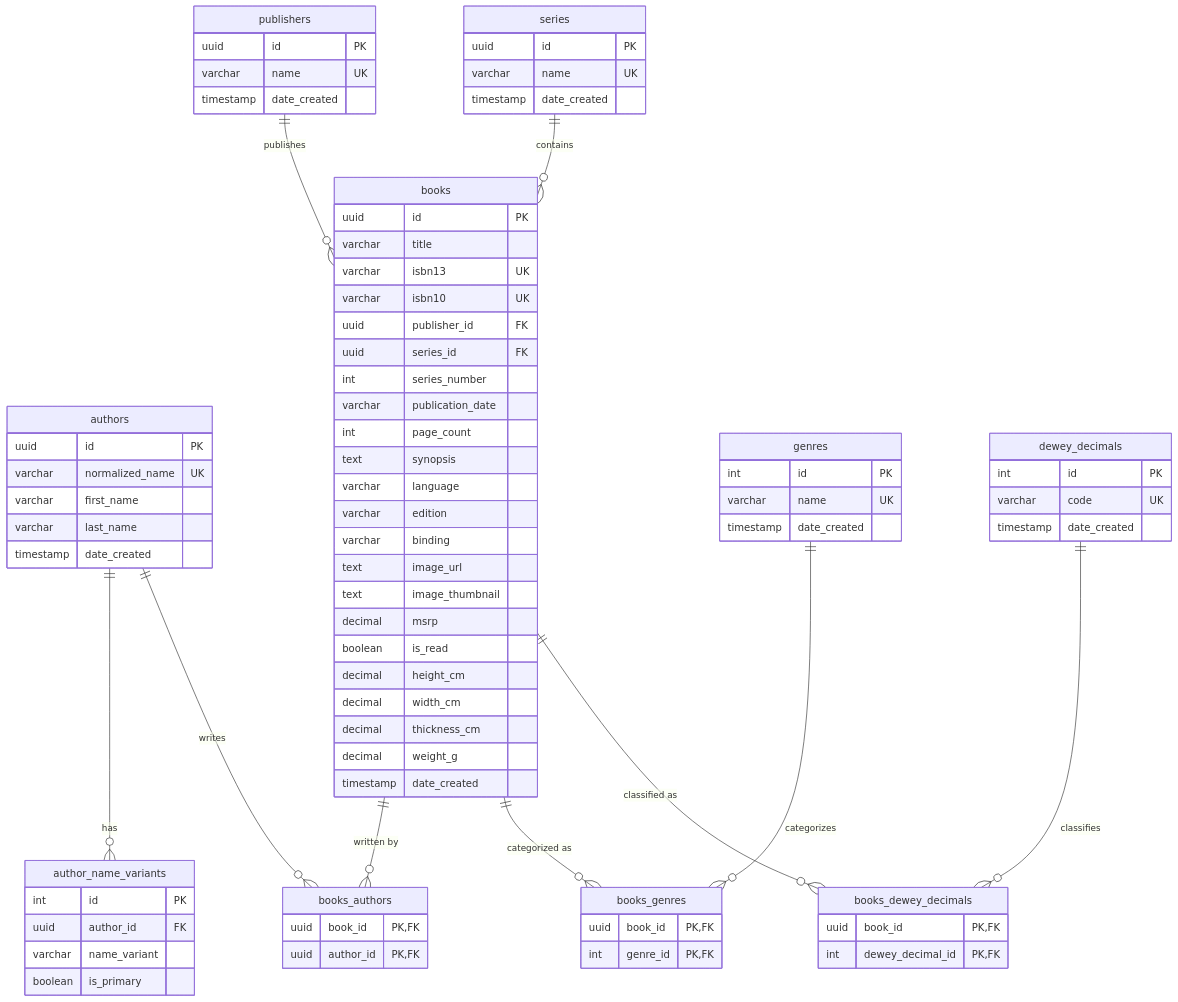
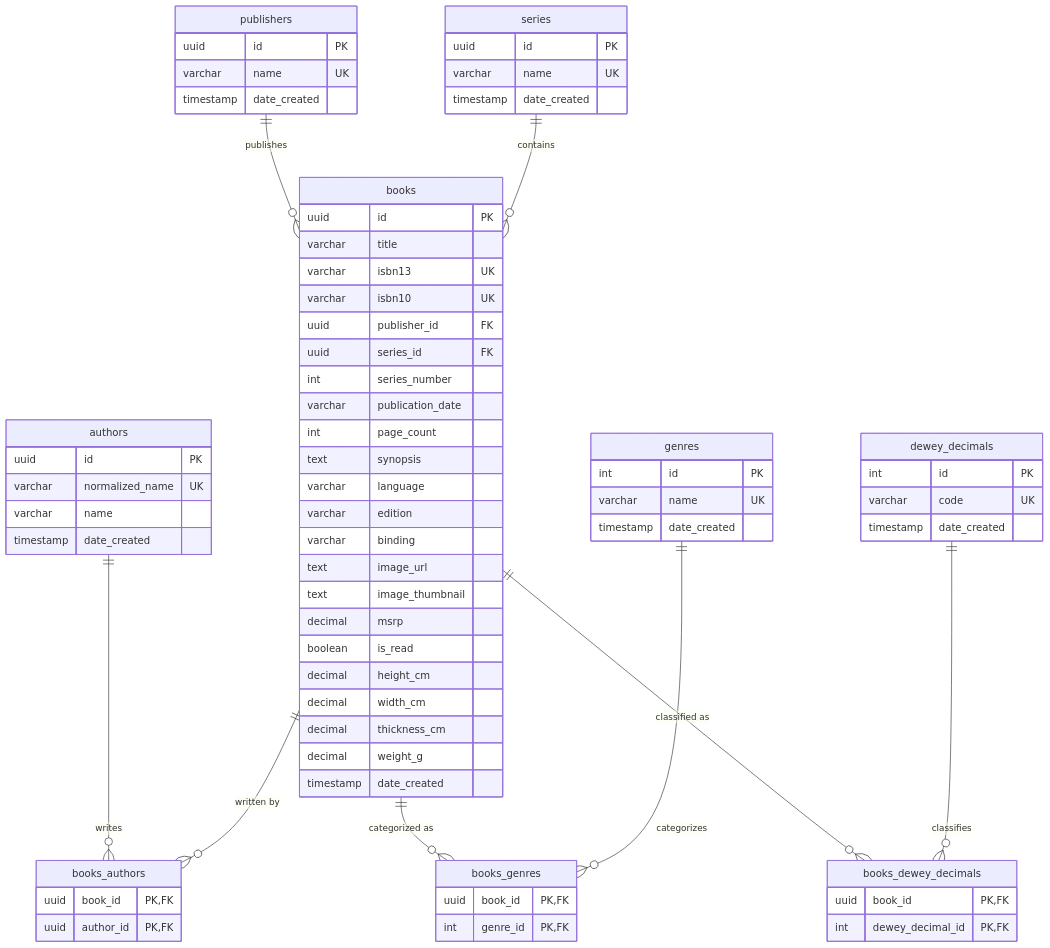
One commit to lynge96/Reveries changed the diagram in README.md. Above: the diagram before and after it, drawn with Mermaid. The commit also changed 29 other files, not shown here.

```diff
--- a/README.md
+++ b/README.md
@@ -57,16 +57,8 @@
     authors {
         uuid id PK
         varchar normalized_name UK
-        varchar first_name
-        varchar last_name
+        varchar name
         timestamp date_created
-    }
-    
-    author_name_variants {
-        int id PK
-        uuid author_id FK
-        varchar name_variant
-        boolean is_primary
     }
     
     books {
@@ -133,7 +125,6 @@
         timestamp date_created
     }
 
-    authors ||--o{ author_name_variants : "has"
     authors ||--o{ books_authors : "writes"
     books ||--o{ books_authors : "written by"
 
```
